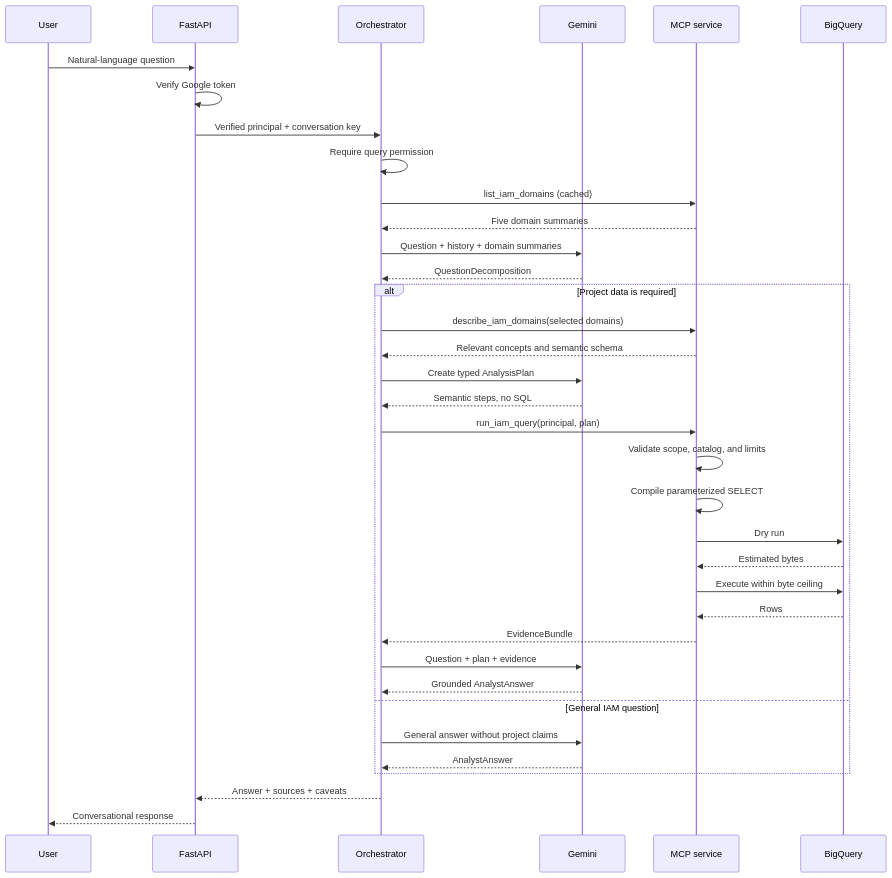
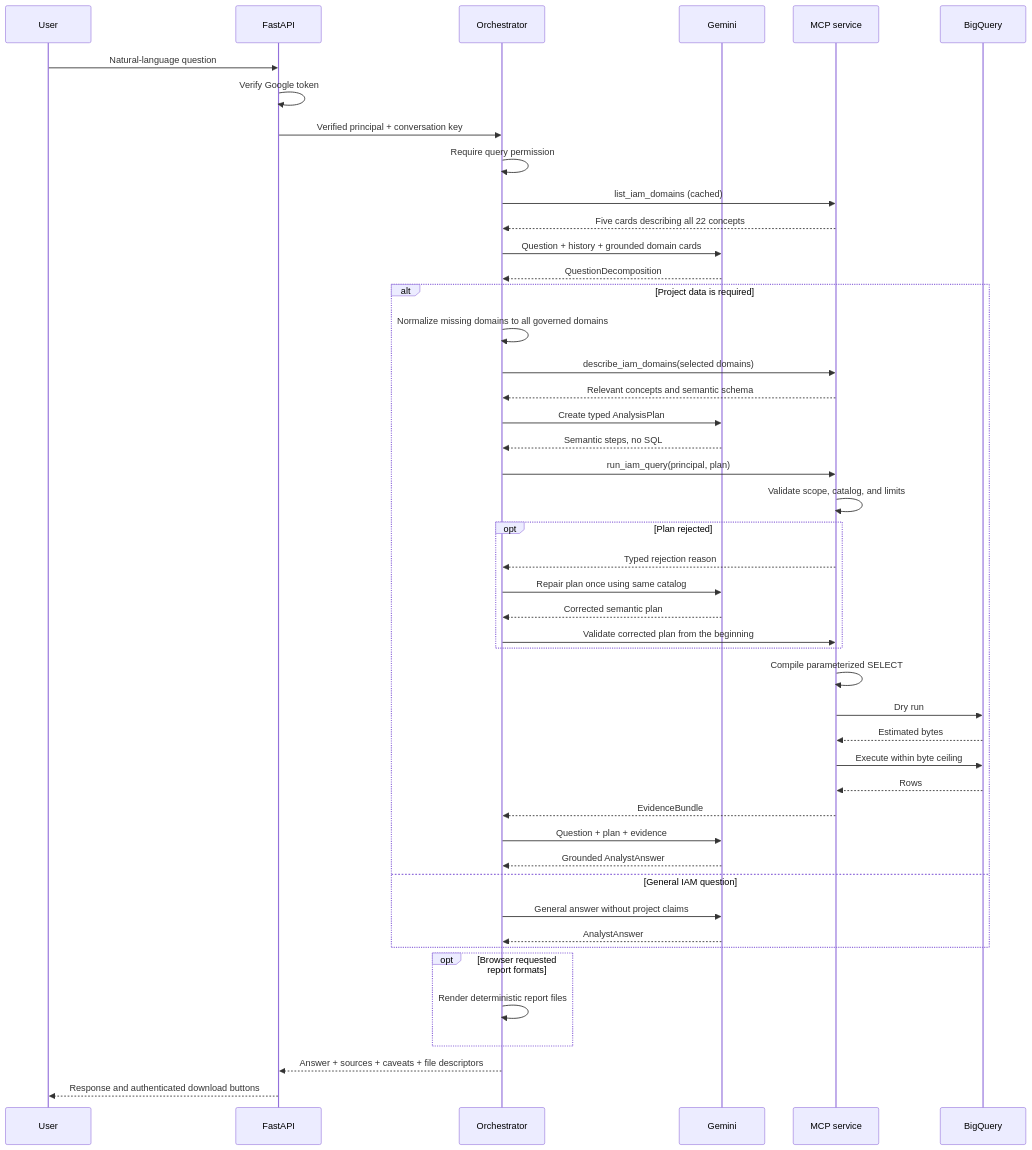
One commit to sasidharmeka/iam-test changed the second of 2 diagrams in ARCHITECTURE.md. Above: the diagram before and after it, drawn with Mermaid. The commit also changed other lines of this file and 19 other files, not shown here.

````diff
--- a/ARCHITECTURE.md
+++ b/ARCHITECTURE.md
@@ -50,39 +51,49 @@
 ```mermaid
 sequenceDiagram
     participant U as User
     participant F as FastAPI
     participant O as Orchestrator
     participant G as Gemini
     participant M as MCP service
     participant B as BigQuery
 
     U->>F: Natural-language question
     F->>F: Verify Google token
     F->>O: Verified principal + conversation key
     O->>O: Require query permission
     O->>M: list_iam_domains (cached)
-    M-->>O: Five domain summaries
-    O->>G: Question + history + domain summaries
+    M-->>O: Five cards describing all 22 concepts
+    O->>G: Question + history + grounded domain cards
     G-->>O: QuestionDecomposition
     alt Project data is required
+        O->>O: Normalize missing domains to all governed domains
         O->>M: describe_iam_domains(selected domains)
         M-->>O: Relevant concepts and semantic schema
         O->>G: Create typed AnalysisPlan
         G-->>O: Semantic steps, no SQL
         O->>M: run_iam_query(principal, plan)
         M->>M: Validate scope, catalog, and limits
+        opt Plan rejected
+            M-->>O: Typed rejection reason
+            O->>G: Repair plan once using same catalog
+            G-->>O: Corrected semantic plan
+            O->>M: Validate corrected plan from the beginning
+        end
         M->>M: Compile parameterized SELECT
         M->>B: Dry run
         B-->>M: Estimated bytes
         M->>B: Execute within byte ceiling
         B-->>M: Rows
         M-->>O: EvidenceBundle
         O->>G: Question + plan + evidence
         G-->>O: Grounded AnalystAnswer
     else General IAM question
         O->>G: General answer without project claims
         G-->>O: AnalystAnswer
     end
-    O-->>F: Answer + sources + caveats
-    F-->>U: Conversational response
+    opt Browser requested report formats
+        O->>O: Render deterministic report files
+    end
+    O-->>F: Answer + sources + caveats + file descriptors
+    F-->>U: Response and authenticated download buttons
 ```
````
